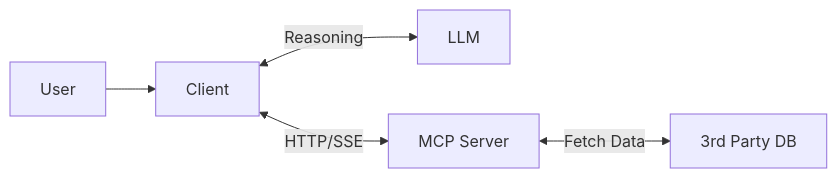
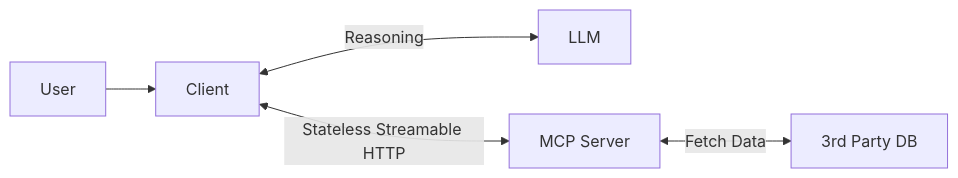
Before and after one commit to jyablonski/jyablonski_praq: the diagram in tools/apis-integrations/mcp/README.md, drawn with Mermaid. The commit also changed other lines of this file and 6 other files, not shown here.

````diff
--- a/tools/apis-integrations/mcp/README.md
+++ b/tools/apis-integrations/mcp/README.md
@@ -12,7 +29,7 @@
 ```mermaid
 flowchart LR
     User --> Client
     Client <-->|Reasoning| LLM
-    Client <-->|HTTP/SSE| MCP[MCP Server]
+    Client <-->|Stateless Streamable HTTP| MCP[MCP Server]
     MCP <-->|Fetch Data| DB[3rd Party DB]
 ```
````
